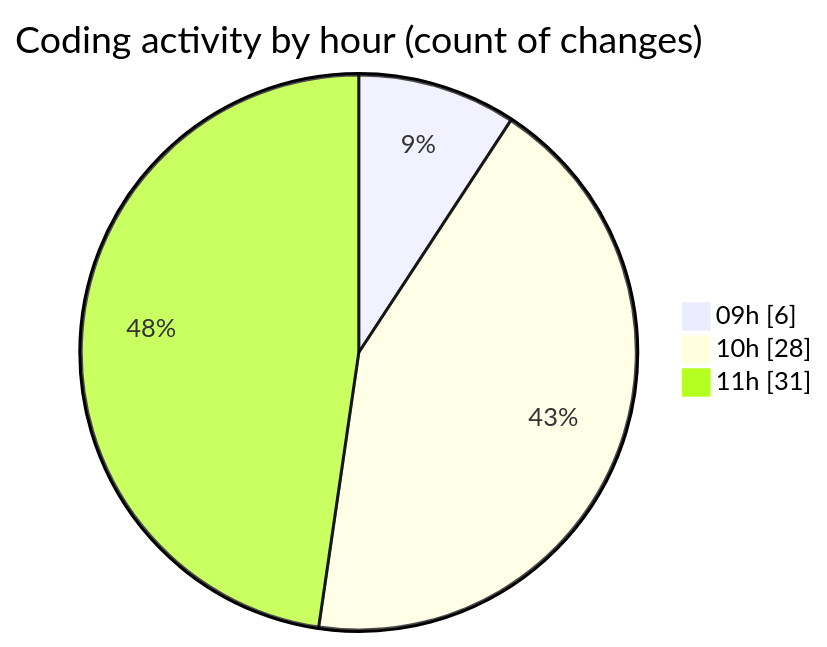
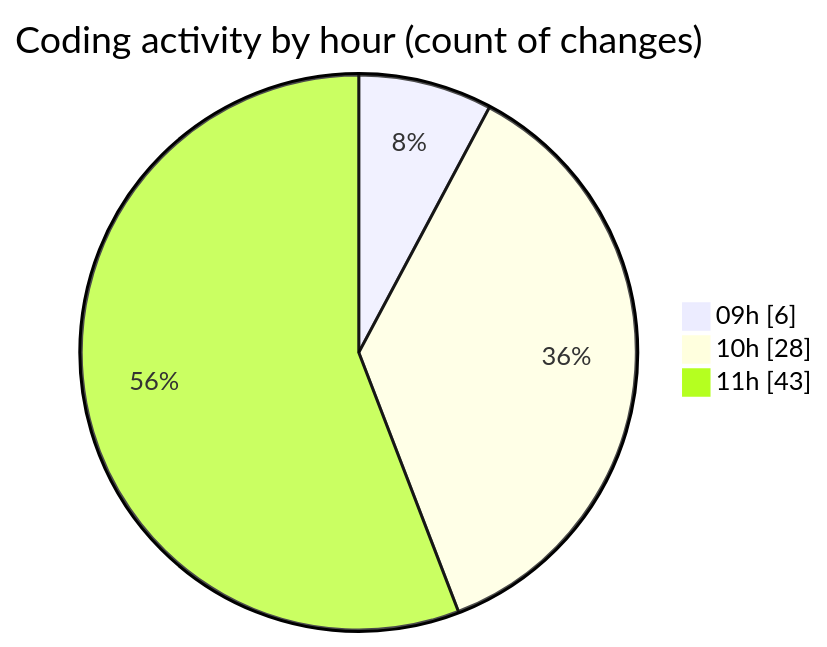
One commit to momahboobian/code-tracking changed the second of 2 diagrams in 2025-03-27/cda/README.md. Above: the diagram before and after it, drawn with Mermaid. The commit also changed other lines of this file and 1 other file, not shown here.

````diff
--- a/2025-03-27/cda/README.md
+++ b/2025-03-27/cda/README.md
@@ -30,7 +30,7 @@
 ```mermaid
 pie showData
 title Coding activity by hour (count of changes)
 "09h" : 6
 "10h" : 28
-"11h" : 31
+"11h" : 43
 ```
````
